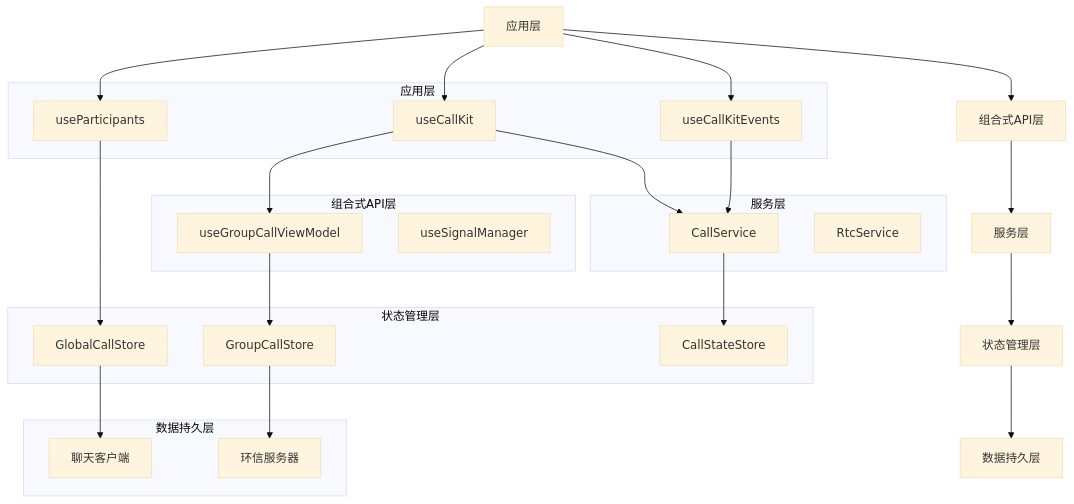
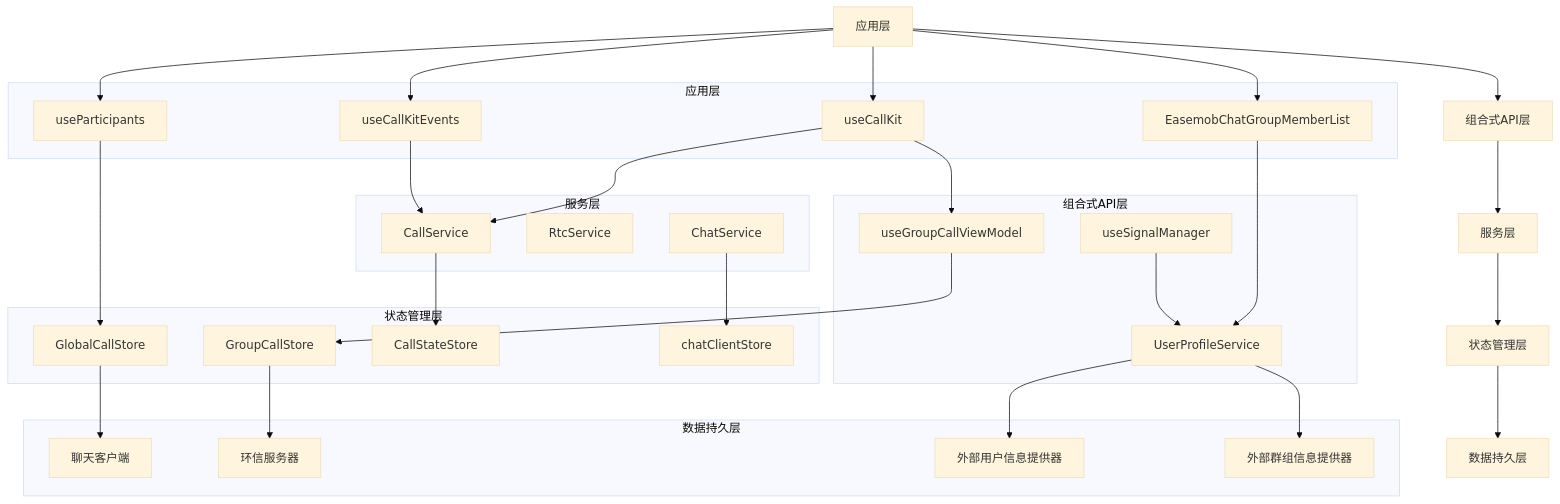
The third of 9 diagrams in .qoder/repowiki/zh/content/服务层/用户资料服务.md (Easemob-Community/easemob-uikit-callkit-vue3), drawn with Mermaid (base theme) before and after one commit. The commit also changed other lines of this file and 12 other files, not shown here.

First line of the commit message:
feat: call / groupCall 支持主动传入 caller userInfo

````diff
--- a/.qoder/repowiki/zh/content/服务层/用户资料服务.md
+++ b/.qoder/repowiki/zh/content/服务层/用户资料服务.md
@@ -124,40 +159,52 @@
 ```mermaid
 graph TD
 A[应用层] --> B[组合式API层]
 B --> C[服务层]
 C --> D[状态管理层]
 D --> E[数据持久层]
 subgraph "应用层"
 F[useCallKit]
 G[useCallKitEvents]
 H[useParticipants]
+I[EasemobChatGroupMemberList]
 end
 subgraph "组合式API层"
-I[useGroupCallViewModel]
-J[useSignalManager]
+J[useGroupCallViewModel]
+K[useSignalManager]
+L[UserProfileService]
 end
 subgraph "服务层"
-K[CallService]
-L[RtcService]
+M[CallService]
+N[RtcService]
+O[ChatService]
 end
 subgraph "状态管理层"
-M[GlobalCallStore]
-N[GroupCallStore]
-O[CallStateStore]
+P[GlobalCallStore]
+Q[GroupCallStore]
+R[CallStateStore]
+S[chatClientStore]
 end
 subgraph "数据持久层"
-P[聊天客户端]
-Q[环信服务器]
+T[聊天客户端]
+U[环信服务器]
+V[外部用户信息提供器]
+W[外部群组信息提供器]
 end
 A --> F
 A --> G
 A --> H
-F --> I
-F --> K
-G --> K
-H --> M
-I --> N
-K --> O
-M --> P
-N --> Q
+A --> I
+F --> J
+F --> M
+G --> M
+H --> P
+I --> L
+J --> Q
+K --> L
+M --> R
+O --> S
+P --> T
+Q --> U
+L --> V
+L --> W
 ```
````
